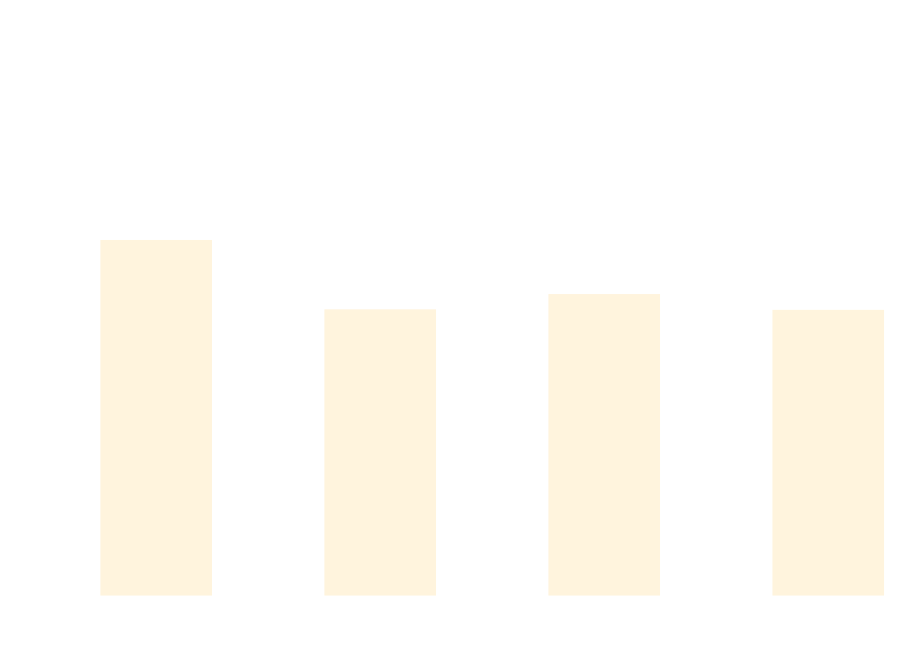
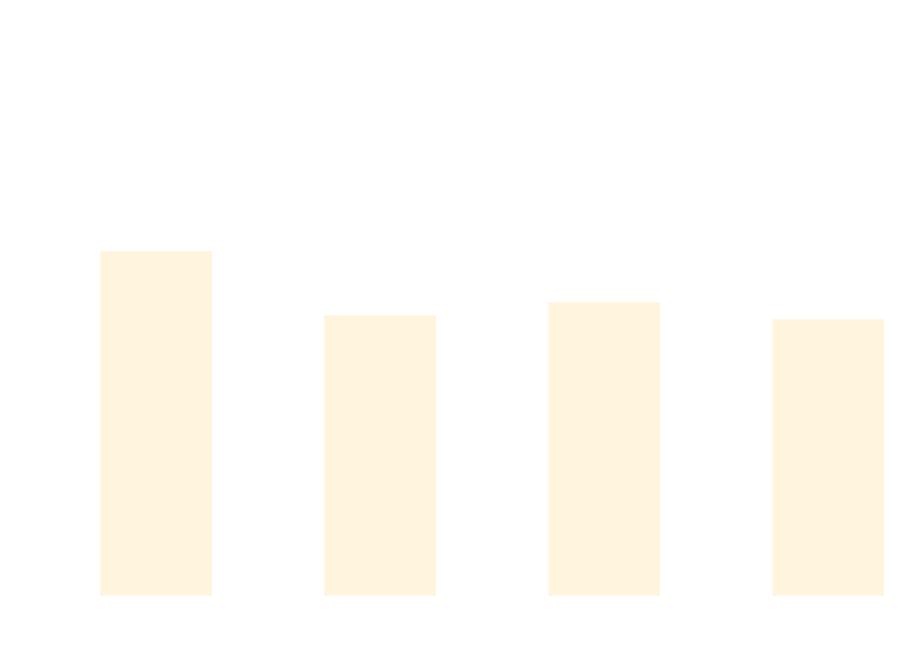
Before and after one commit to thomhurst/TUnit: the diagram in docs/docs/benchmarks/BuildTime.md, drawn with Mermaid. The commit also changed other lines of this file and 17 other files, not shown here.

````diff
--- a/docs/docs/benchmarks/BuildTime.md
+++ b/docs/docs/benchmarks/BuildTime.md
@@ -28,37 +28,37 @@
 ```mermaid
 %%{init: {
   'theme':'base',
   'themeVariables': {
     'primaryColor': '#2563eb',
     'primaryTextColor': '#ffffff',
     'primaryBorderColor': '#1e40af',
     'lineColor': '#6b7280',
     'secondaryColor': '#7c3aed',
     'tertiaryColor': '#dc2626',
     'background': '#ffffff',
     'mainBkg': '#2563eb',
     'secondBkg': '#7c3aed',
     'tertiaryBkg': '#dc2626',
     'clusterBkg': '#f3f4f6',
     'edgeLabelBackground': '#ffffff',
     'tertiaryTextColor': '#1f2937',
     'pie1': '#2563eb',
     'pie2': '#7c3aed',
     'pie3': '#dc2626',
     'pie4': '#f59e0b',
     'pie5': '#10b981',
     'pie6': '#06b6d4',
     'pie7': '#ec4899',
     'pie8': '#6366f1',
     'pie9': '#84cc16',
     'pie10': '#f97316',
     'pie11': '#14b8a6',
     'pie12': '#a855f7'
   }
 }}%%
 xychart-beta
   title "Build Time Comparison"
   x-axis ["Build_TUnit", "Build_NUnit", "Build_MSTest", "Build_xUnit3"]
   y-axis "Time (s)" 0 --> 3
-  bar [2.039, 1.63, 1.72, 1.627]
+  bar [1.973, 1.594, 1.672, 1.571]
 ```
````
